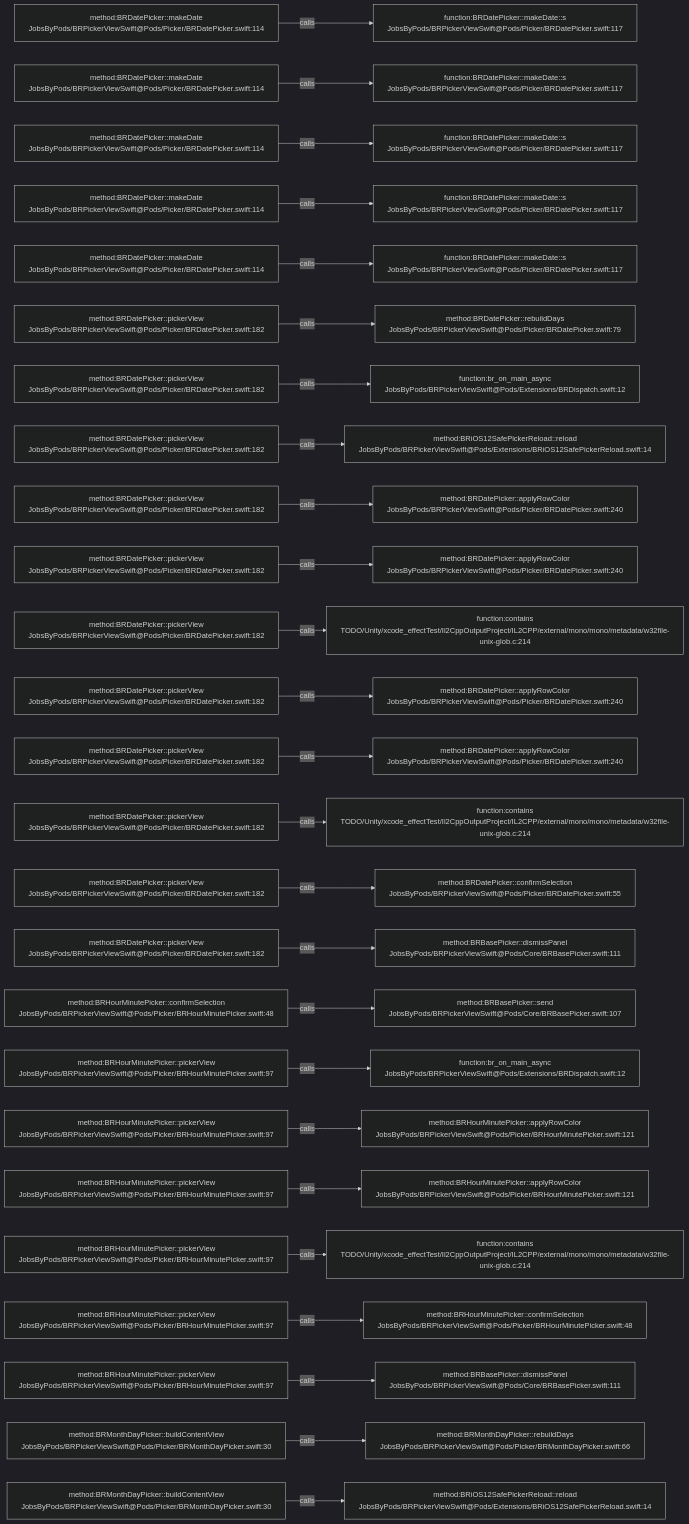
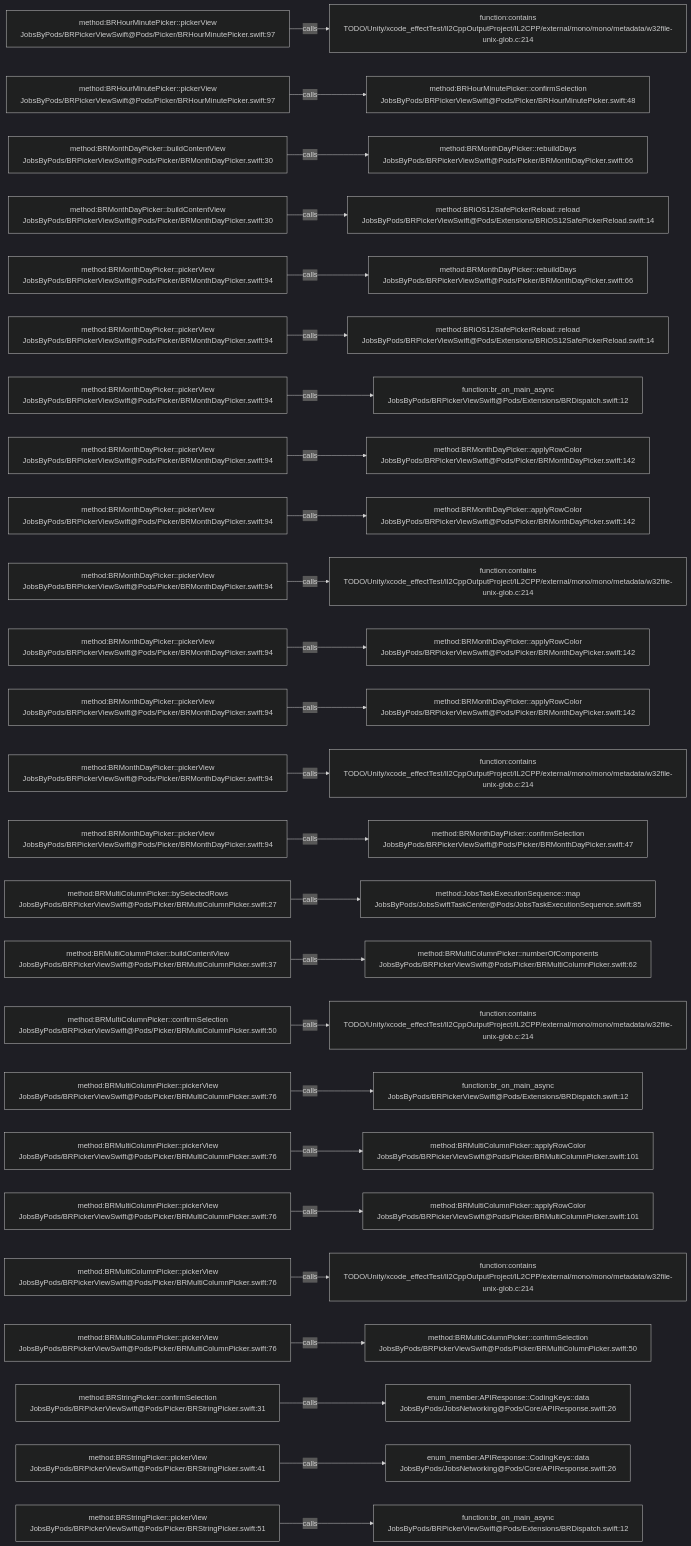
One commit to JobsKits/JobsSwiftBaseConfigDemo changed the diagram in .codegraph/codegraph.md/graphs/calls-003.md. Above: the diagram before and after it, drawn with Mermaid (dark theme). The commit also changed 569 other files, not shown here.

````diff
--- a/.codegraph/codegraph.md/graphs/calls-003.md
+++ b/.codegraph/codegraph.md/graphs/calls-003.md
@@ -13,78 +13,78 @@
 ```mermaid
 flowchart LR
-  S1["method:BRDatePicker::makeDate<br/>JobsByPods/BRPickerViewSwift@Pods/Picker/BRDatePicker.swift:114"]
-  T1["function:BRDatePicker::makeDate::s<br/>JobsByPods/BRPickerViewSwift@Pods/Picker/BRDatePicker.swift:117"]
+  S1["method:BRHourMinutePicker::pickerView<br/>JobsByPods/BRPickerViewSwift@Pods/Picker/BRHourMinutePicker.swift:97"]
+  T1["function:contains<br/>TODO/Unity/xcode_effectTest/Il2CppOutputProject/IL2CPP/external/mono/mono/metadata/w32file-unix-glob.c:214"]
   S1 -->|calls| T1
-  S2["method:BRDatePicker::makeDate<br/>JobsByPods/BRPickerViewSwift@Pods/Picker/BRDatePicker.swift:114"]
-  T2["function:BRDatePicker::makeDate::s<br/>JobsByPods/BRPickerViewSwift@Pods/Picker/BRDatePicker.swift:117"]
+  S2["method:BRHourMinutePicker::pickerView<br/>JobsByPods/BRPickerViewSwift@Pods/Picker/BRHourMinutePicker.swift:97"]
+  T2["method:BRHourMinutePicker::confirmSelection<br/>JobsByPods/BRPickerViewSwift@Pods/Picker/BRHourMinutePicker.swift:48"]
   S2 -->|calls| T2
-  S3["method:BRDatePicker::makeDate<br/>JobsByPods/BRPickerViewSwift@Pods/Picker/BRDatePicker.swift:114"]
-  T3["function:BRDatePicker::makeDate::s<br/>JobsByPods/BRPickerViewSwift@Pods/Picker/BRDatePicker.swift:117"]
+  S3["method:BRMonthDayPicker::buildContentView<br/>JobsByPods/BRPickerViewSwift@Pods/Picker/BRMonthDayPicker.swift:30"]
+  T3["method:BRMonthDayPicker::rebuildDays<br/>JobsByPods/BRPickerViewSwift@Pods/Picker/BRMonthDayPicker.swift:66"]
   S3 -->|calls| T3
-  S4["method:BRDatePicker::makeDate<br/>JobsByPods/BRPickerViewSwift@Pods/Picker/BRDatePicker.swift:114"]
-  T4["function:BRDatePicker::makeDate::s<br/>JobsByPods/BRPickerViewSwift@Pods/Picker/BRDatePicker.swift:117"]
+  S4["method:BRMonthDayPicker::buildContentView<br/>JobsByPods/BRPickerViewSwift@Pods/Picker/BRMonthDayPicker.swift:30"]
+  T4["method:BRiOS12SafePickerReload::reload<br/>JobsByPods/BRPickerViewSwift@Pods/Extensions/BRiOS12SafePickerReload.swift:14"]
   S4 -->|calls| T4
-  S5["method:BRDatePicker::makeDate<br/>JobsByPods/BRPickerViewSwift@Pods/Picker/BRDatePicker.swift:114"]
-  T5["function:BRDatePicker::makeDate::s<br/>JobsByPods/BRPickerViewSwift@Pods/Picker/BRDatePicker.swift:117"]
+  S5["method:BRMonthDayPicker::pickerView<br/>JobsByPods/BRPickerViewSwift@Pods/Picker/BRMonthDayPicker.swift:94"]
+  T5["method:BRMonthDayPicker::rebuildDays<br/>JobsByPods/BRPickerViewSwift@Pods/Picker/BRMonthDayPicker.swift:66"]
   S5 -->|calls| T5
-  S6["method:BRDatePicker::pickerView<br/>JobsByPods/BRPickerViewSwift@Pods/Picker/BRDatePicker.swift:182"]
-  T6["method:BRDatePicker::rebuildDays<br/>JobsByPods/BRPickerViewSwift@Pods/Picker/BRDatePicker.swift:79"]
+  S6["method:BRMonthDayPicker::pickerView<br/>JobsByPods/BRPickerViewSwift@Pods/Picker/BRMonthDayPicker.swift:94"]
+  T6["method:BRiOS12SafePickerReload::reload<br/>JobsByPods/BRPickerViewSwift@Pods/Extensions/BRiOS12SafePickerReload.swift:14"]
   S6 -->|calls| T6
-  S7["method:BRDatePicker::pickerView<br/>JobsByPods/BRPickerViewSwift@Pods/Picker/BRDatePicker.swift:182"]
+  S7["method:BRMonthDayPicker::pickerView<br/>JobsByPods/BRPickerViewSwift@Pods/Picker/BRMonthDayPicker.swift:94"]
   T7["function:br_on_main_async<br/>JobsByPods/BRPickerViewSwift@Pods/Extensions/BRDispatch.swift:12"]
   S7 -->|calls| T7
-  S8["method:BRDatePicker::pickerView<br/>JobsByPods/BRPickerViewSwift@Pods/Picker/BRDatePicker.swift:182"]
-  T8["method:BRiOS12SafePickerReload::reload<br/>JobsByPods/BRPickerViewSwift@Pods/Extensions/BRiOS12SafePickerReload.swift:14"]
+  S8["method:BRMonthDayPicker::pickerView<br/>JobsByPods/BRPickerViewSwift@Pods/Picker/BRMonthDayPicker.swift:94"]
+  T8["method:BRMonthDayPicker::applyRowColor<br/>JobsByPods/BRPickerViewSwift@Pods/Picker/BRMonthDayPicker.swift:142"]
   S8 -->|calls| T8
-  S9["method:BRDatePicker::pickerView<br/>JobsByPods/BRPickerViewSwift@Pods/Picker/BRDatePicker.swift:182"]
-  T9["method:BRDatePicker::applyRowColor<br/>JobsByPods/BRPickerViewSwift@Pods/Picker/BRDatePicker.swift:240"]
+  S9["method:BRMonthDayPicker::pickerView<br/>JobsByPods/BRPickerViewSwift@Pods/Picker/BRMonthDayPicker.swift:94"]
+  T9["method:BRMonthDayPicker::applyRowColor<br/>JobsByPods/BRPickerViewSwift@Pods/Picker/BRMonthDayPicker.swift:142"]
   S9 -->|calls| T9
-  S10["method:BRDatePicker::pickerView<br/>JobsByPods/BRPickerViewSwift@Pods/Picker/BRDatePicker.swift:182"]
-  T10["method:BRDatePicker::applyRowColor<br/>JobsByPods/BRPickerViewSwift@Pods/Picker/BRDatePicker.swift:240"]
+  S10["method:BRMonthDayPicker::pickerView<br/>JobsByPods/BRPickerViewSwift@Pods/Picker/BRMonthDayPicker.swift:94"]
+  T10["function:contains<br/>TODO/Unity/xcode_effectTest/Il2CppOutputProject/IL2CPP/external/mono/mono/metadata/w32file-unix-glob.c:214"]
   S10 -->|calls| T10
-  S11["method:BRDatePicker::pickerView<br/>JobsByPods/BRPickerViewSwift@Pods/Picker/BRDatePicker.swift:182"]
-  T11["function:contains<br/>TODO/Unity/xcode_effectTest/Il2CppOutputProject/IL2CPP/external/mono/mono/metadata/w32file-unix-glob.c:214"]
+  S11["method:BRMonthDayPicker::pickerView<br/>JobsByPods/BRPickerViewSwift@Pods/Picker/BRMonthDayPicker.swift:94"]
+  T11["method:BRMonthDayPicker::applyRowColor<br/>JobsByPods/BRPickerViewSwift@Pods/Picker/BRMonthDayPicker.swift:142"]
   S11 -->|calls| T11
-  S12["method:BRDatePicker::pickerView<br/>JobsByPods/BRPickerViewSwift@Pods/Picker/BRDatePicker.swift:182"]
-  T12["method:BRDatePicker::applyRowColor<br/>JobsByPods/BRPickerViewSwift@Pods/Picker/BRDatePicker.swift:240"]
+  S12["method:BRMonthDayPicker::pickerView<br/>JobsByPods/BRPickerViewSwift@Pods/Picker/BRMonthDayPicker.swift:94"]
+  T12["method:BRMonthDayPicker::applyRowColor<br/>JobsByPods/BRPickerViewSwift@Pods/Picker/BRMonthDayPicker.swift:142"]
   S12 -->|calls| T12
-  S13["method:BRDatePicker::pickerView<br/>JobsByPods/BRPickerViewSwift@Pods/Picker/BRDatePicker.swift:182"]
-  T13["method:BRDatePicker::applyRowColor<br/>JobsByPods/BRPickerViewSwift@Pods/Picker/BRDatePicker.swift:240"]
+  S13["method:BRMonthDayPicker::pickerView<br/>JobsByPods/BRPickerViewSwift@Pods/Picker/BRMonthDayPicker.swift:94"]
+  T13["function:contains<br/>TODO/Unity/xcode_effectTest/Il2CppOutputProject/IL2CPP/external/mono/mono/metadata/w32file-unix-glob.c:214"]
   S13 -->|calls| T13
-  S14["method:BRDatePicker::pickerView<br/>JobsByPods/BRPickerViewSwift@Pods/Picker/BRDatePicker.swift:182"]
-  T14["function:contains<br/>TODO/Unity/xcode_effectTest/Il2CppOutputProject/IL2CPP/external/mono/mono/metadata/w32file-unix-glob.c:214"]
+  S14["method:BRMonthDayPicker::pickerView<br/>JobsByPods/BRPickerViewSwift@Pods/Picker/BRMonthDayPicker.swift:94"]
+  T14["method:BRMonthDayPicker::confirmSelection<br/>JobsByPods/BRPickerViewSwift@Pods/Picker/BRMonthDayPicker.swift:47"]
   S14 -->|calls| T14
-  S15["method:BRDatePicker::pickerView<br/>JobsByPods/BRPickerViewSwift@Pods/Picker/BRDatePicker.swift:182"]
-  T15["method:BRDatePicker::confirmSelection<br/>JobsByPods/BRPickerViewSwift@Pods/Picker/BRDatePicker.swift:55"]
+  S15["method:BRMultiColumnPicker::bySelectedRows<br/>JobsByPods/BRPickerViewSwift@Pods/Picker/BRMultiColumnPicker.swift:27"]
+  T15["method:JobsTaskExecutionSequence::map<br/>JobsByPods/JobsSwiftTaskCenter@Pods/JobsTaskExecutionSequence.swift:85"]
   S15 -->|calls| T15
-  S16["method:BRDatePicker::pickerView<br/>JobsByPods/BRPickerViewSwift@Pods/Picker/BRDatePicker.swift:182"]
-  T16["method:BRBasePicker::dismissPanel<br/>JobsByPods/BRPickerViewSwift@Pods/Core/BRBasePicker.swift:111"]
+  S16["method:BRMultiColumnPicker::buildContentView<br/>JobsByPods/BRPickerViewSwift@Pods/Picker/BRMultiColumnPicker.swift:37"]
+  T16["method:BRMultiColumnPicker::numberOfComponents<br/>JobsByPods/BRPickerViewSwift@Pods/Picker/BRMultiColumnPicker.swift:62"]
   S16 -->|calls| T16
-  S17["method:BRHourMinutePicker::confirmSelection<br/>JobsByPods/BRPickerViewSwift@Pods/Picker/BRHourMinutePicker.swift:48"]
-  T17["method:BRBasePicker::send<br/>JobsByPods/BRPickerViewSwift@Pods/Core/BRBasePicker.swift:107"]
+  S17["method:BRMultiColumnPicker::confirmSelection<br/>JobsByPods/BRPickerViewSwift@Pods/Picker/BRMultiColumnPicker.swift:50"]
+  T17["function:contains<br/>TODO/Unity/xcode_effectTest/Il2CppOutputProject/IL2CPP/external/mono/mono/metadata/w32file-unix-glob.c:214"]
   S17 -->|calls| T17
-  S18["method:BRHourMinutePicker::pickerView<br/>JobsByPods/BRPickerViewSwift@Pods/Picker/BRHourMinutePicker.swift:97"]
+  S18["method:BRMultiColumnPicker::pickerView<br/>JobsByPods/BRPickerViewSwift@Pods/Picker/BRMultiColumnPicker.swift:76"]
   T18["function:br_on_main_async<br/>JobsByPods/BRPickerViewSwift@Pods/Extensions/BRDispatch.swift:12"]
   S18 -->|calls| T18
-  S19["method:BRHourMinutePicker::pickerView<br/>JobsByPods/BRPickerViewSwift@Pods/Picker/BRHourMinutePicker.swift:97"]
-  T19["method:BRHourMinutePicker::applyRowColor<br/>JobsByPods/BRPickerViewSwift@Pods/Picker/BRHourMinutePicker.swift:121"]
+  S19["method:BRMultiColumnPicker::pickerView<br/>JobsByPods/BRPickerViewSwift@Pods/Picker/BRMultiColumnPicker.swift:76"]
+  T19["method:BRMultiColumnPicker::applyRowColor<br/>JobsByPods/BRPickerViewSwift@Pods/Picker/BRMultiColumnPicker.swift:101"]
   S19 -->|calls| T19
-  S20["method:BRHourMinutePicker::pickerView<br/>JobsByPods/BRPickerViewSwift@Pods/Picker/BRHourMinutePicker.swift:97"]
-  T20["method:BRHourMinutePicker::applyRowColor<br/>JobsByPods/BRPickerViewSwift@Pods/Picker/BRHourMinutePicker.swift:121"]
+  S20["method:BRMultiColumnPicker::pickerView<br/>JobsByPods/BRPickerViewSwift@Pods/Picker/BRMultiColumnPicker.swift:76"]
+  T20["method:BRMultiColumnPicker::applyRowColor<br/>JobsByPods/BRPickerViewSwift@Pods/Picker/BRMultiColumnPicker.swift:101"]
   S20 -->|calls| T20
-  S21["method:BRHourMinutePicker::pickerView<br/>JobsByPods/BRPickerViewSwift@Pods/Picker/BRHourMinutePicker.swift:97"]
+  S21["method:BRMultiColumnPicker::pickerView<br/>JobsByPods/BRPickerViewSwift@Pods/Picker/BRMultiColumnPicker.swift:76"]
   T21["function:contains<br/>TODO/Unity/xcode_effectTest/Il2CppOutputProject/IL2CPP/external/mono/mono/metadata/w32file-unix-glob.c:214"]
   S21 -->|calls| T21
-  S22["method:BRHourMinutePicker::pickerView<br/>JobsByPods/BRPickerViewSwift@Pods/Picker/BRHourMinutePicker.swift:97"]
-  T22["method:BRHourMinutePicker::confirmSelection<br/>JobsByPods/BRPickerViewSwift@Pods/Picker/BRHourMinutePicker.swift:48"]
+  S22["method:BRMultiColumnPicker::pickerView<br/>JobsByPods/BRPickerViewSwift@Pods/Picker/BRMultiColumnPicker.swift:76"]
+  T22["method:BRMultiColumnPicker::confirmSelection<br/>JobsByPods/BRPickerViewSwift@Pods/Picker/BRMultiColumnPicker.swift:50"]
   S22 -->|calls| T22
-  S23["method:BRHourMinutePicker::pickerView<br/>JobsByPods/BRPickerViewSwift@Pods/Picker/BRHourMinutePicker.swift:97"]
-  T23["method:BRBasePicker::dismissPanel<br/>JobsByPods/BRPickerViewSwift@Pods/Core/BRBasePicker.swift:111"]
+  S23["method:BRStringPicker::confirmSelection<br/>JobsByPods/BRPickerViewSwift@Pods/Picker/BRStringPicker.swift:31"]
+  T23["enum_member:APIResponse::CodingKeys::data<br/>JobsByPods/JobsNetworking@Pods/Core/APIResponse.swift:26"]
   S23 -->|calls| T23
-  S24["method:BRMonthDayPicker::buildContentView<br/>JobsByPods/BRPickerViewSwift@Pods/Picker/BRMonthDayPicker.swift:30"]
-  T24["method:BRMonthDayPicker::rebuildDays<br/>JobsByPods/BRPickerViewSwift@Pods/Picker/BRMonthDayPicker.swift:66"]
+  S24["method:BRStringPicker::pickerView<br/>JobsByPods/BRPickerViewSwift@Pods/Picker/BRStringPicker.swift:41"]
+  T24["enum_member:APIResponse::CodingKeys::data<br/>JobsByPods/JobsNetworking@Pods/Core/APIResponse.swift:26"]
   S24 -->|calls| T24
-  S25["method:BRMonthDayPicker::buildContentView<br/>JobsByPods/BRPickerViewSwift@Pods/Picker/BRMonthDayPicker.swift:30"]
-  T25["method:BRiOS12SafePickerReload::reload<br/>JobsByPods/BRPickerViewSwift@Pods/Extensions/BRiOS12SafePickerReload.swift:14"]
+  S25["method:BRStringPicker::pickerView<br/>JobsByPods/BRPickerViewSwift@Pods/Picker/BRStringPicker.swift:51"]
+  T25["function:br_on_main_async<br/>JobsByPods/BRPickerViewSwift@Pods/Extensions/BRDispatch.swift:12"]
   S25 -->|calls| T25
 ```
````
